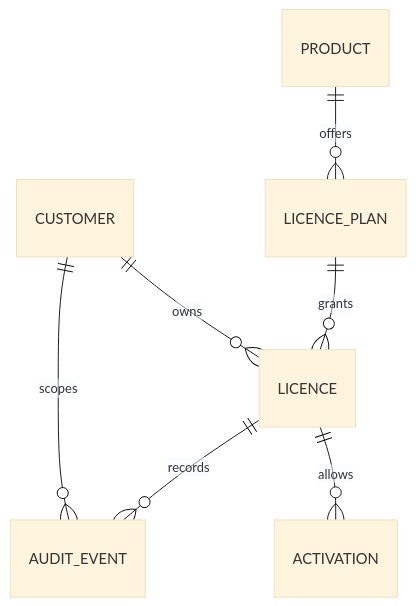
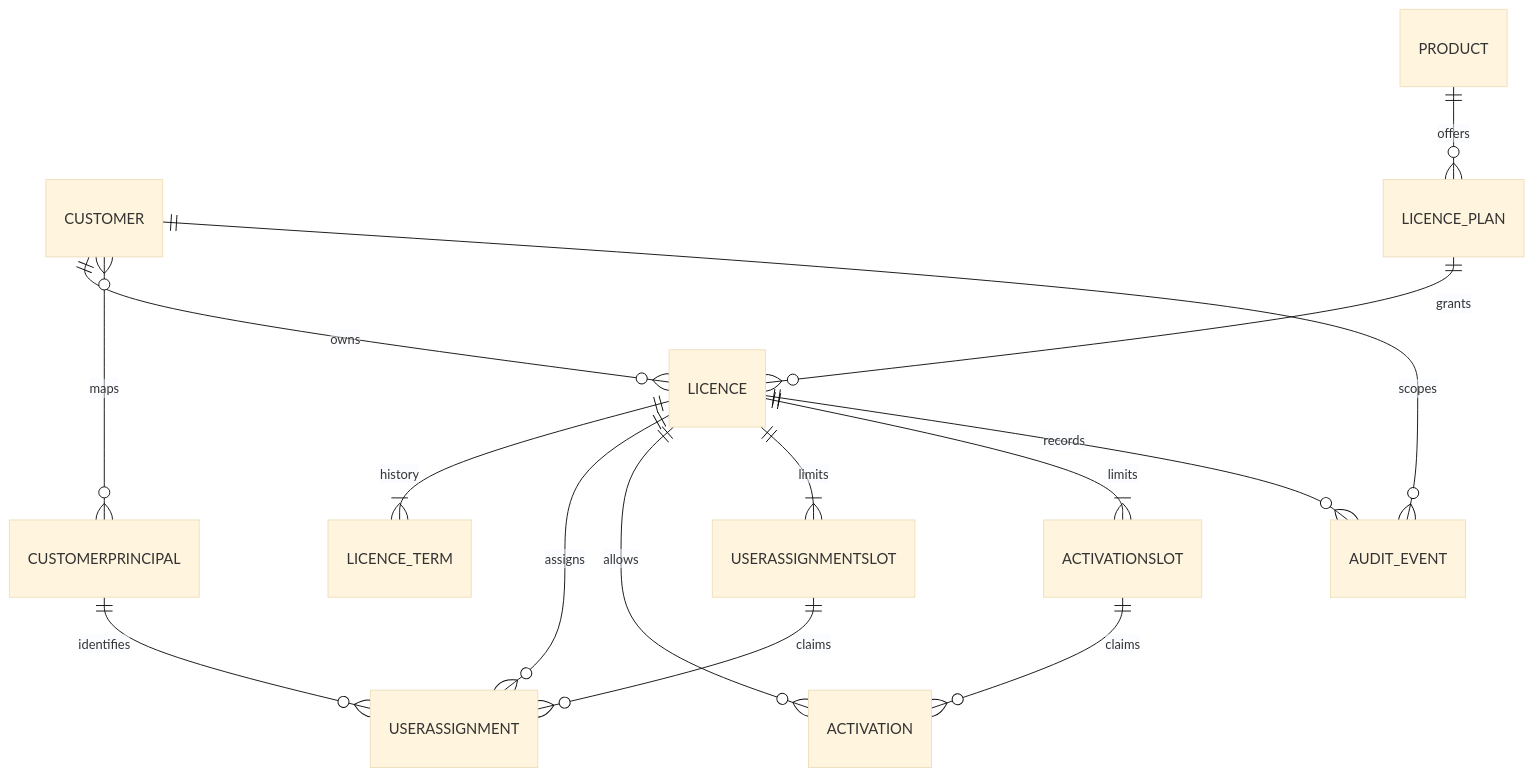
The second of 2 diagrams in _bmad-output/planning-artifacts/architecture/architecture-LIC-2026-11-09/ARCHITECTURE-SPINE.md (quanvm00/LIC), drawn with Mermaid (base theme) before and after one commit. The commit also changed other lines of this file and 7 other files, not shown here.

````diff
--- a/_bmad-output/planning-artifacts/architecture/architecture-LIC-2026-11-09/ARCHITECTURE-SPINE.md
+++ b/_bmad-output/planning-artifacts/architecture/architecture-LIC-2026-11-09/ARCHITECTURE-SPINE.md
@@ -119,9 +123,17 @@
 ```mermaid
 erDiagram
     CUSTOMER ||--o{ LICENCE : owns
     PRODUCT ||--o{ LICENCE_PLAN : offers
     LICENCE_PLAN ||--o{ LICENCE : grants
+    CUSTOMER }o--o{ CUSTOMERPRINCIPAL : maps
+    LICENCE ||--|{ LICENCE_TERM : history
+    LICENCE ||--o{ USERASSIGNMENT : assigns
+    CUSTOMERPRINCIPAL ||--o{ USERASSIGNMENT : identifies
     LICENCE ||--o{ ACTIVATION : allows
+    LICENCE ||--|{ USERASSIGNMENTSLOT : limits
+    USERASSIGNMENTSLOT ||--o{ USERASSIGNMENT : claims
+    LICENCE ||--|{ ACTIVATIONSLOT : limits
+    ACTIVATIONSLOT ||--o{ ACTIVATION : claims
     LICENCE ||--o{ AUDIT_EVENT : records
     CUSTOMER ||--o{ AUDIT_EVENT : scopes
 ```
````
